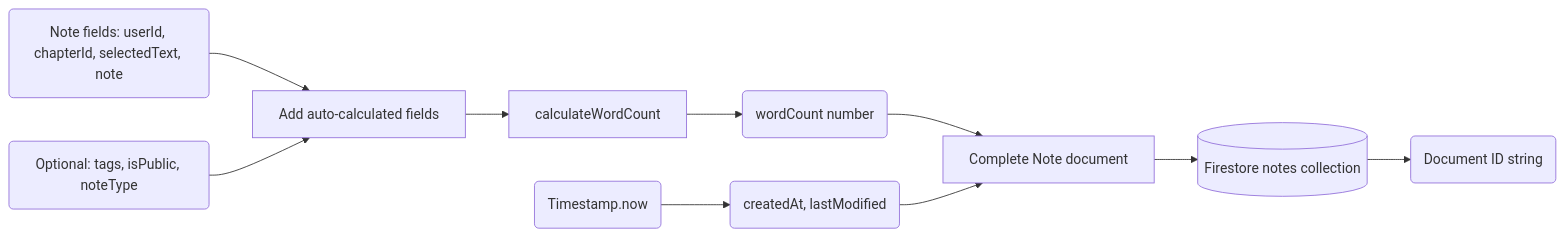
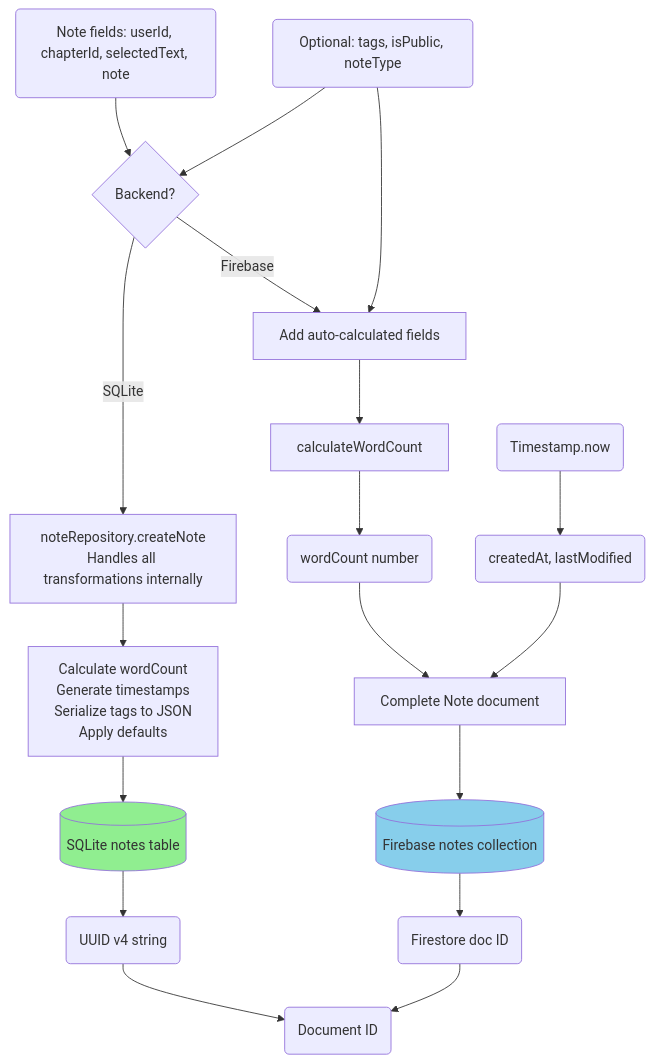
Before and after one commit to CongJie-Pan/TheChamber_Of_RedMansion_FireBaseStudio: the third of 4 diagrams in docs/structure_module_infoMD/Core Service Modules/notes-service_module_info.md, drawn with Mermaid. The commit also changed other lines of this file and 1 other file, not shown here.

First line of the commit message:
docs: update service modules with Phase 2 dual-mode architecture

````diff
--- a/docs/structure_module_infoMD/Core Service Modules/notes-service_module_info.md
+++ b/docs/structure_module_infoMD/Core Service Modules/notes-service_module_info.md
@@ -65,12 +94,30 @@
 ```mermaid
-graph LR
-    Input1(Note fields: userId, chapterId, selectedText, note) --> Enrich[Add auto-calculated fields];
-    Input2(Optional: tags, isPublic, noteType) --> Enrich;
-    Enrich --> Calc[calculateWordCount];
-    Calc --> WordCount(wordCount number);
-    Timestamp(Timestamp.now) --> Times(createdAt, lastModified);
-    WordCount --> Document[Complete Note document];
-    Times --> Document;
-    Document --> Firestore[(Firestore notes collection)];
-    Firestore --> Output(Document ID string);
+graph TD
+    Input1(Note fields: userId, chapterId, selectedText, note) --> Decision{Backend?}
+    Input2(Optional: tags, isPublic, noteType) --> Decision
+
+    Decision -->|SQLite| SQLiteRepo[noteRepository.createNote<br/>Handles all transformations internally]
+    Decision -->|Firebase| Enrich[Add auto-calculated fields]
+
+    %% SQLite Path
+    SQLiteRepo --> SQLiteCalc[Calculate wordCount<br/>Generate timestamps<br/>Serialize tags to JSON<br/>Apply defaults]
+    SQLiteCalc --> SQLiteDB[(SQLite notes table)]
+    SQLiteDB --> SQLiteID(UUID v4 string)
+
+    %% Firebase Path
+    Input2 --> Enrich
+    Enrich --> Calc[calculateWordCount]
+    Calc --> WordCount(wordCount number)
+    Timestamp(Timestamp.now) --> Times(createdAt, lastModified)
+    WordCount --> Document[Complete Note document]
+    Times --> Document
+    Document --> Firestore[(Firebase notes collection)]
+    Firestore --> FirebaseID(Firestore doc ID)
+
+    %% Output
+    SQLiteID --> Output(Document ID)
+    FirebaseID --> Output
+
+    style SQLiteDB fill:#90EE90
+    style Firestore fill:#87CEEB
 ```
````
